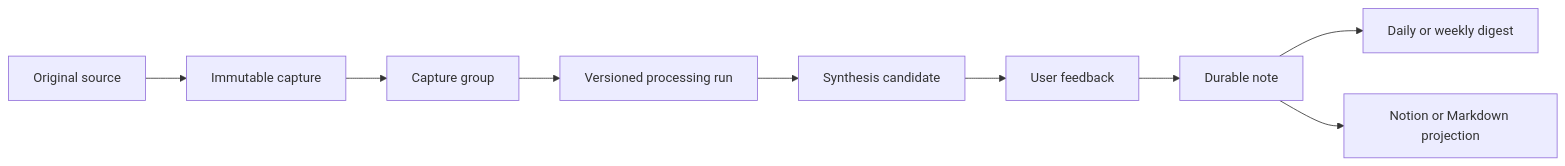
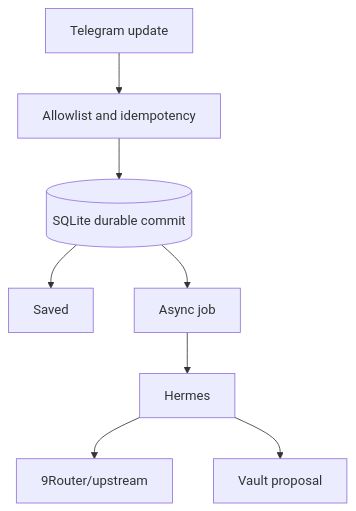
One commit to tienbac2314/north-obsidian-vault changed the fifth of 5 diagrams in docs/architecture/diagrams.md. Above: the diagram before and after it, drawn with Mermaid. The commit also changed other lines of this file and 29 other files, not shown here.

````diff
--- a/docs/architecture/diagrams.md
+++ b/docs/architecture/diagrams.md
@@ -76,11 +70,10 @@
 ```mermaid
-flowchart LR
-    SRC["Original source"] --> CAP["Immutable capture"]
-    CAP --> GRP["Capture group"]
-    GRP --> RUN["Versioned processing run"]
-    RUN --> CAN["Synthesis candidate"]
-    CAN --> FB["User feedback"]
-    FB --> NOTE["Durable note"]
-    NOTE --> DG["Daily or weekly digest"]
-    NOTE --> PROJ["Notion or Markdown projection"]
+flowchart TB
+    T["Telegram update"] --> I["Allowlist and idempotency"]
+    I --> D[("SQLite durable commit")]
+    D --> A["Saved"]
+    D --> J["Async job"]
+    J --> H["Hermes"]
+    H --> R["9Router/upstream"]
+    H --> V["Vault proposal"]
 ```
````
